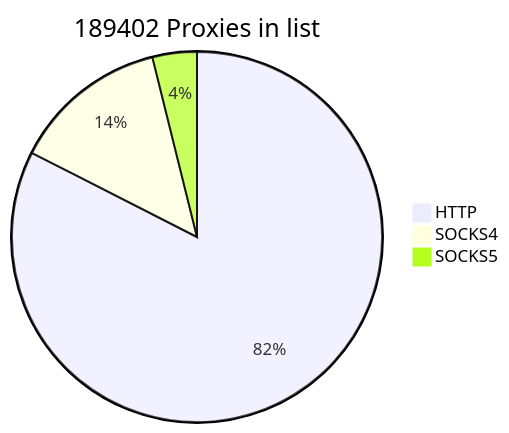
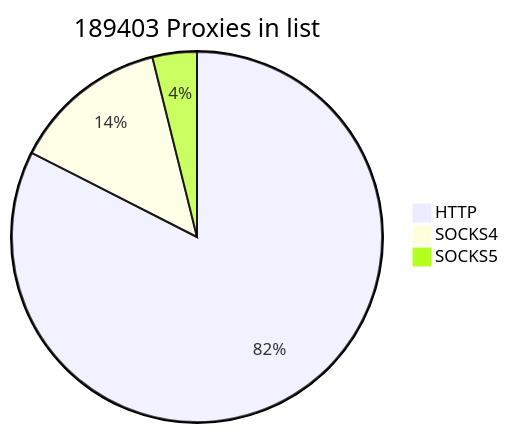
One commit to cutipu/proxylist changed the first of 2 diagrams in README.md. Above: the diagram before and after it, drawn with Mermaid. The commit also changed other lines of this file, not shown here.

````diff
--- a/README.md
+++ b/README.md
@@ -2,7 +2,7 @@
 ```mermaid
-pie title 189402 Proxies in list
-    "HTTP" : 156241
-    "SOCKS4" : 25827
-    "SOCKS5" : 7334
+pie title 189403 Proxies in list
+    "HTTP" : 156240
+    "SOCKS4" : 25830
+    "SOCKS5" : 7333
             
 ```
````
